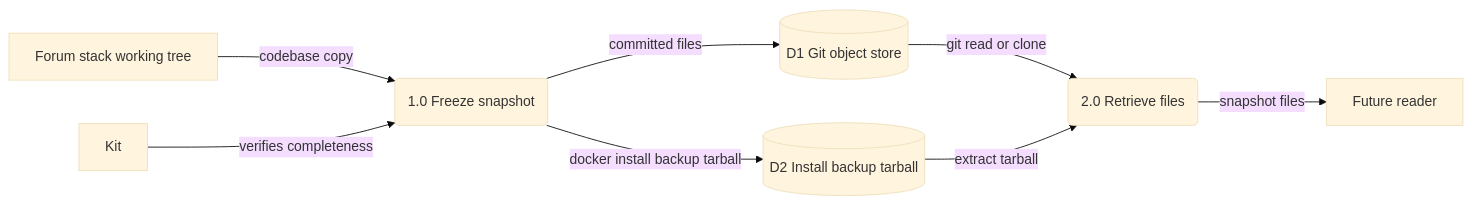
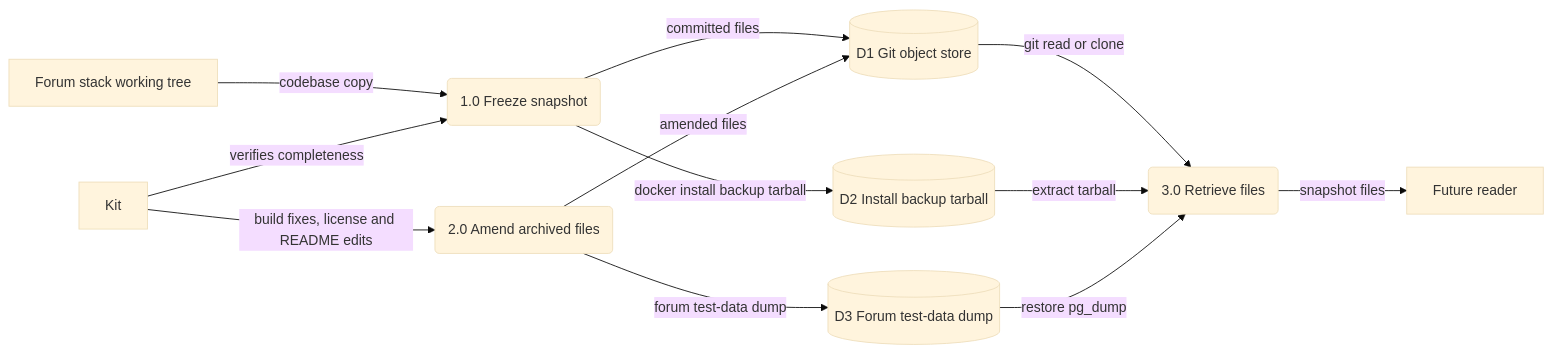
The second of 3 diagrams in docs/architecture.md (cosbykit-afk/lampy-temp-backup), drawn with Mermaid (base theme) before and after one commit. The commit also changed other lines of this file, not shown here.

Commit message:
docs: improve architecture diagrams — grounded context, DFD, and ERD

````diff
--- a/docs/architecture.md
+++ b/docs/architecture.md
@@ -27,18 +31,24 @@
 ```mermaid
 flowchart LR
     E1["Kit"]
     E2["Forum stack working tree"]
     E3["Future reader"]
     P1("1.0 Freeze snapshot")
-    P2("2.0 Retrieve files")
+    P2("2.0 Amend archived files")
+    P3("3.0 Retrieve files")
     D1[("D1 Git object store")]
     D2[("D2 Install backup tarball")]
+    D3[("D3 Forum test-data dump")]
 
     E2 -->|"codebase copy"| P1
     E1 -->|"verifies completeness"| P1
     P1 -->|"committed files"| D1
     P1 -->|"docker install backup tarball"| D2
-    D1 -->|"git read or clone"| P2
-    D2 -->|"extract tarball"| P2
-    P2 -->|"snapshot files"| E3
+    E1 -->|"build fixes, license and README edits"| P2
+    P2 -->|"amended files"| D1
+    P2 -->|"forum test-data dump"| D3
+    D1 -->|"git read or clone"| P3
+    D2 -->|"extract tarball"| P3
+    D3 -->|"restore pg_dump"| P3
+    P3 -->|"snapshot files"| E3
 ```
````
